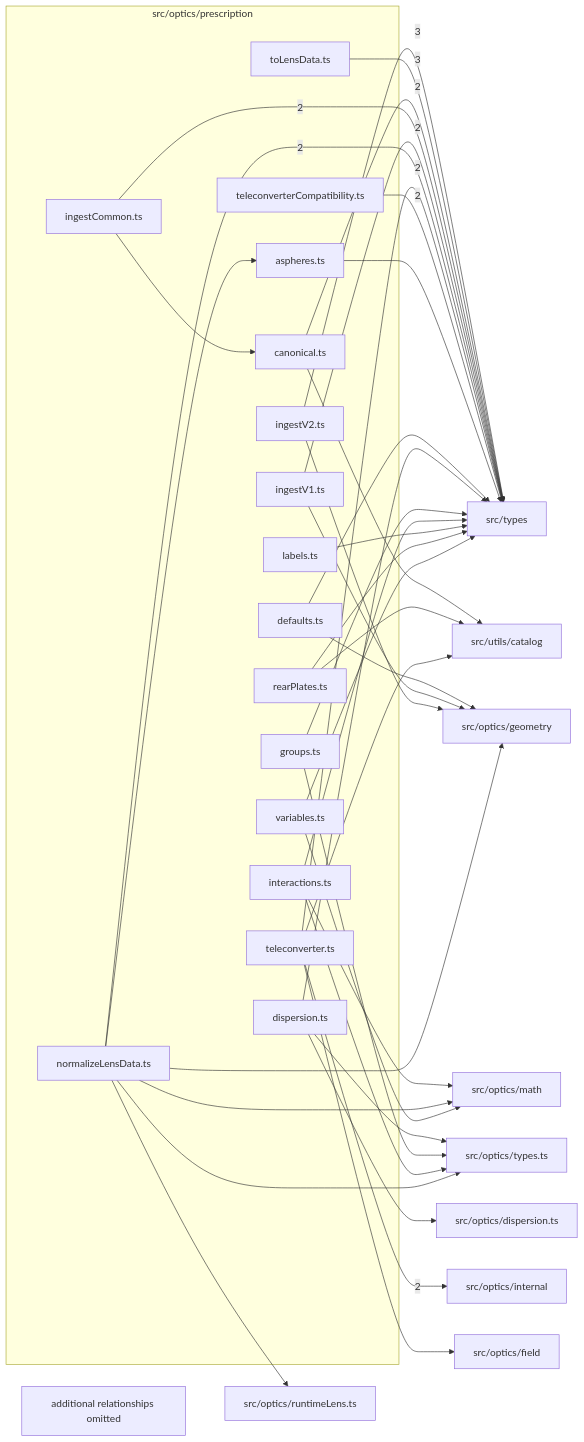
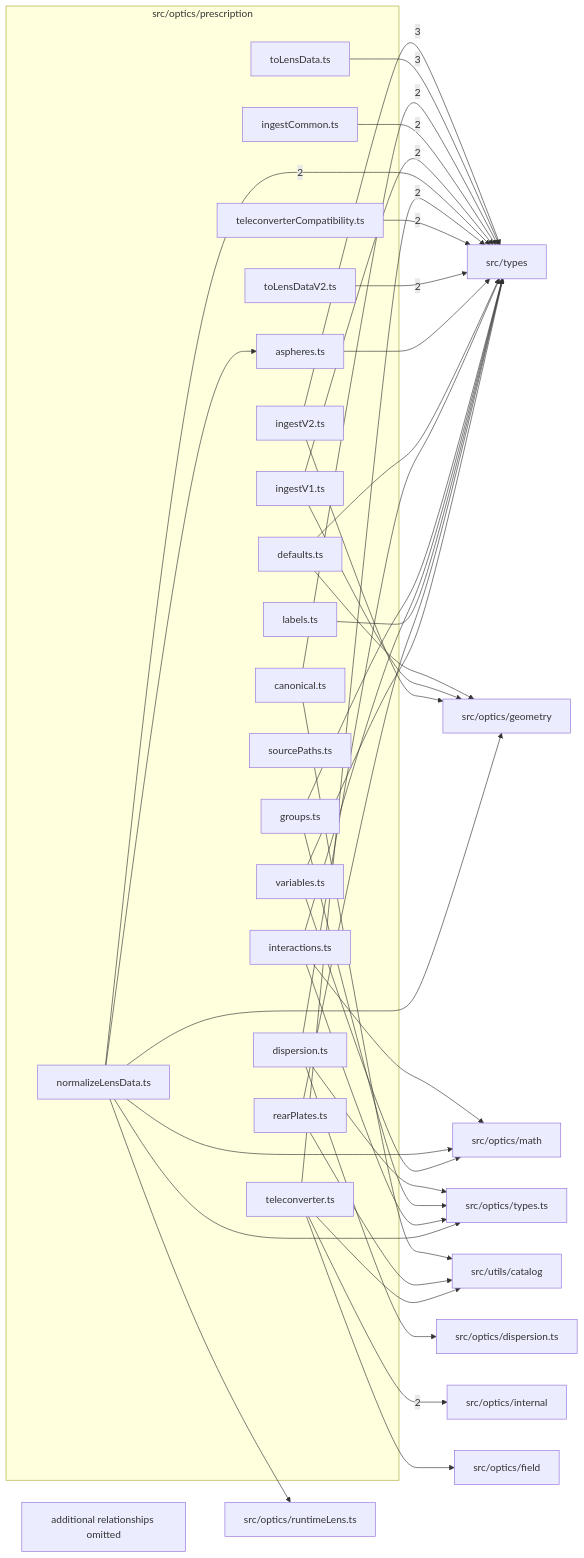
Before and after one commit to ronbuening/LensVisualizer: the diagram in src/optics/prescription/readme.md, drawn with Mermaid. The commit also changed other lines of this file and 31 other files, not shown here.

````diff
--- a/src/optics/prescription/readme.md
+++ b/src/optics/prescription/readme.md
@@ -9,67 +9,69 @@
 ```mermaid
 flowchart LR
   subgraph n_src_optics_prescription["src/optics/prescription"]
     n_src_optics_prescription_src_optics_prescription_aspheres_ts["aspheres.ts"]
     n_src_optics_prescription_src_optics_prescription_canonical_ts["canonical.ts"]
     n_src_optics_prescription_src_optics_prescription_defaults_ts["defaults.ts"]
     n_src_optics_prescription_src_optics_prescription_dispersion_ts["dispersion.ts"]
     n_src_optics_prescription_src_optics_prescription_groups_ts["groups.ts"]
     n_src_optics_prescription_src_optics_prescription_ingestCommon_ts["ingestCommon.ts"]
     n_src_optics_prescription_src_optics_prescription_ingestV1_ts["ingestV1.ts"]
     n_src_optics_prescription_src_optics_prescription_ingestV2_ts["ingestV2.ts"]
     n_src_optics_prescription_src_optics_prescription_interactions_ts["interactions.ts"]
     n_src_optics_prescription_src_optics_prescription_labels_ts["labels.ts"]
     n_src_optics_prescription_src_optics_prescription_normalizeLensData_ts["normalizeLensData.ts"]
     n_src_optics_prescription_src_optics_prescription_rearPlates_ts["rearPlates.ts"]
+    n_src_optics_prescription_src_optics_prescription_sourcePaths_ts["sourcePaths.ts"]
     n_src_optics_prescription_src_optics_prescription_teleconverter_ts["teleconverter.ts"]
     n_src_optics_prescription_src_optics_prescription_teleconverterCompatibility_ts["teleconverterCompatibility.ts"]
     n_src_optics_prescription_src_optics_prescription_toLensData_ts["toLensData.ts"]
+    n_src_optics_prescription_src_optics_prescription_toLensDataV2_ts["toLensDataV2.ts"]
     n_src_optics_prescription_src_optics_prescription_variables_ts["variables.ts"]
   end
   n_external_src_types["src/types"]
   n_external_src_optics_internal["src/optics/internal"]
   n_external_src_optics_dispersion_ts["src/optics/dispersion.ts"]
   n_external_src_optics_field["src/optics/field"]
   n_external_src_optics_geometry["src/optics/geometry"]
   n_external_src_optics_math["src/optics/math"]
   n_external_src_optics_runtimeLens_ts["src/optics/runtimeLens.ts"]
   n_external_src_optics_types_ts["src/optics/types.ts"]
   n_external_src_utils_catalog["src/utils/catalog"]
   n_src_optics_prescription_src_optics_prescription_ingestV2_ts --> |3| n_external_src_types
   n_src_optics_prescription_src_optics_prescription_toLensData_ts --> |3| n_external_src_types
   n_src_optics_prescription_src_optics_prescription_teleconverter_ts --> |2| n_external_src_optics_internal
   n_src_optics_prescription_src_optics_prescription_canonical_ts --> |2| n_external_src_types
   n_src_optics_prescription_src_optics_prescription_ingestCommon_ts --> |2| n_external_src_types
   n_src_optics_prescription_src_optics_prescription_ingestV1_ts --> |2| n_external_src_types
   n_src_optics_prescription_src_optics_prescription_normalizeLensData_ts --> |2| n_external_src_types
   n_src_optics_prescription_src_optics_prescription_teleconverter_ts --> |2| n_external_src_types
   n_src_optics_prescription_src_optics_prescription_teleconverterCompatibility_ts --> |2| n_external_src_types
+  n_src_optics_prescription_src_optics_prescription_toLensDataV2_ts --> |2| n_external_src_types
   n_src_optics_prescription_src_optics_prescription_dispersion_ts --> n_external_src_optics_dispersion_ts
   n_src_optics_prescription_src_optics_prescription_teleconverter_ts --> n_external_src_optics_field
   n_src_optics_prescription_src_optics_prescription_defaults_ts --> n_external_src_optics_geometry
   n_src_optics_prescription_src_optics_prescription_ingestV1_ts --> n_external_src_optics_geometry
   n_src_optics_prescription_src_optics_prescription_ingestV2_ts --> n_external_src_optics_geometry
   n_src_optics_prescription_src_optics_prescription_normalizeLensData_ts --> n_external_src_optics_geometry
   n_src_optics_prescription_src_optics_prescription_interactions_ts --> n_external_src_optics_math
   n_src_optics_prescription_src_optics_prescription_normalizeLensData_ts --> n_external_src_optics_math
   n_src_optics_prescription_src_optics_prescription_variables_ts --> n_external_src_optics_math
   n_src_optics_prescription_src_optics_prescription_normalizeLensData_ts --> n_external_src_optics_runtimeLens_ts
   n_src_optics_prescription_src_optics_prescription_dispersion_ts --> n_external_src_optics_types_ts
   n_src_optics_prescription_src_optics_prescription_groups_ts --> n_external_src_optics_types_ts
   n_src_optics_prescription_src_optics_prescription_interactions_ts --> n_external_src_optics_types_ts
   n_src_optics_prescription_src_optics_prescription_normalizeLensData_ts --> n_external_src_optics_types_ts
   n_src_optics_prescription_src_optics_prescription_aspheres_ts --> n_external_src_types
   n_src_optics_prescription_src_optics_prescription_defaults_ts --> n_external_src_types
   n_src_optics_prescription_src_optics_prescription_dispersion_ts --> n_external_src_types
   n_src_optics_prescription_src_optics_prescription_groups_ts --> n_external_src_types
   n_src_optics_prescription_src_optics_prescription_interactions_ts --> n_external_src_types
   n_src_optics_prescription_src_optics_prescription_labels_ts --> n_external_src_types
   n_src_optics_prescription_src_optics_prescription_rearPlates_ts --> n_external_src_types
   n_src_optics_prescription_src_optics_prescription_variables_ts --> n_external_src_types
   n_src_optics_prescription_src_optics_prescription_canonical_ts --> n_external_src_utils_catalog
   n_src_optics_prescription_src_optics_prescription_rearPlates_ts --> n_external_src_utils_catalog
   n_src_optics_prescription_src_optics_prescription_teleconverter_ts --> n_external_src_utils_catalog
   n_src_optics_prescription_src_optics_prescription_normalizeLensData_ts --> n_src_optics_prescription_src_optics_prescription_aspheres_ts
-  n_src_optics_prescription_src_optics_prescription_ingestCommon_ts --> n_src_optics_prescription_src_optics_prescription_canonical_ts
   n_src_optics_prescription_truncated["additional relationships omitted"]
 ```
````
